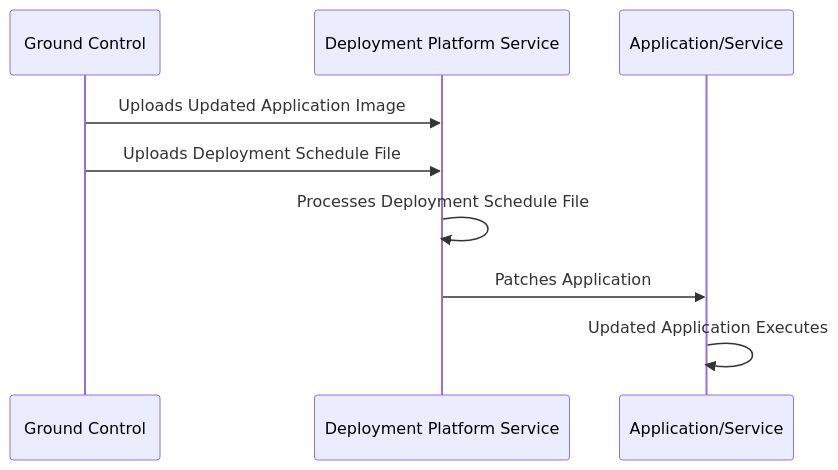
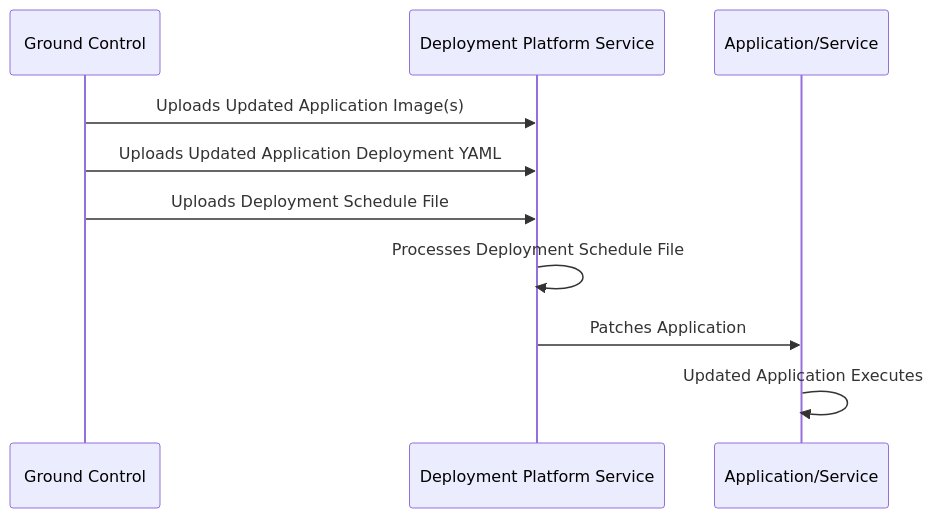
One commit to microsoft/azure-orbital-space-sdk changed the second of 2 diagrams in docs/architecture/runtime-framework/platform-services/deployment.md. Above: the diagram before and after it, drawn with Mermaid. The commit also changed other lines of this file, not shown here.

Commit message:
adds examples of deployment yamls to deployment documentation

````diff
--- a/docs/architecture/runtime-framework/platform-services/deployment.md
+++ b/docs/architecture/runtime-framework/platform-services/deployment.md
@@ -61,12 +62,13 @@
 ```mermaid
 sequenceDiagram
     participant ground as Ground Control
     participant deployment as Deployment Platform Service
     participant app as Application/Service
 
-    ground     ->> deployment: Uploads Updated Application Image
+    ground     ->> deployment: Uploads Updated Application Image(s)
+    ground     ->> deployment: Uploads Updated Application Deployment YAML
     ground     ->> deployment: Uploads Deployment Schedule File
     deployment ->> deployment: Processes Deployment Schedule File
     deployment ->> app: Patches Application
     app        ->> app: Updated Application Executes
 ```
````
